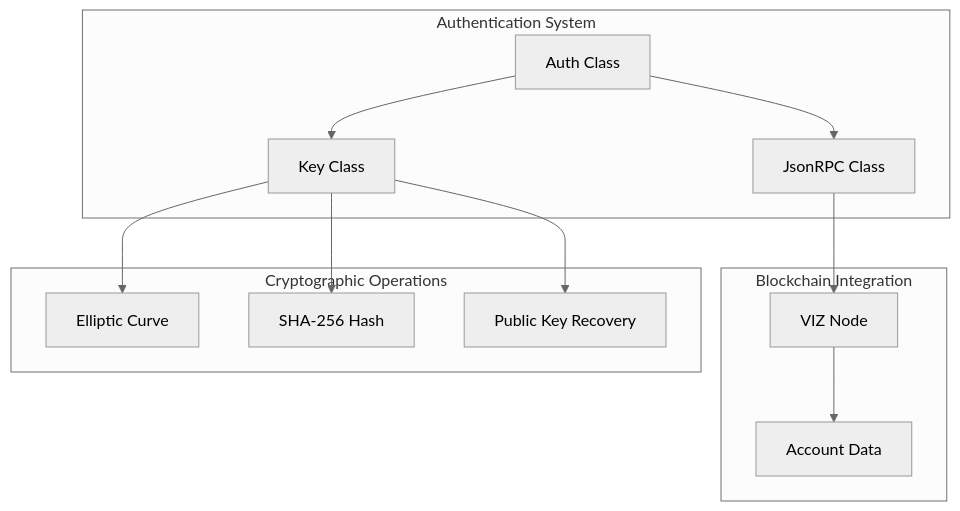
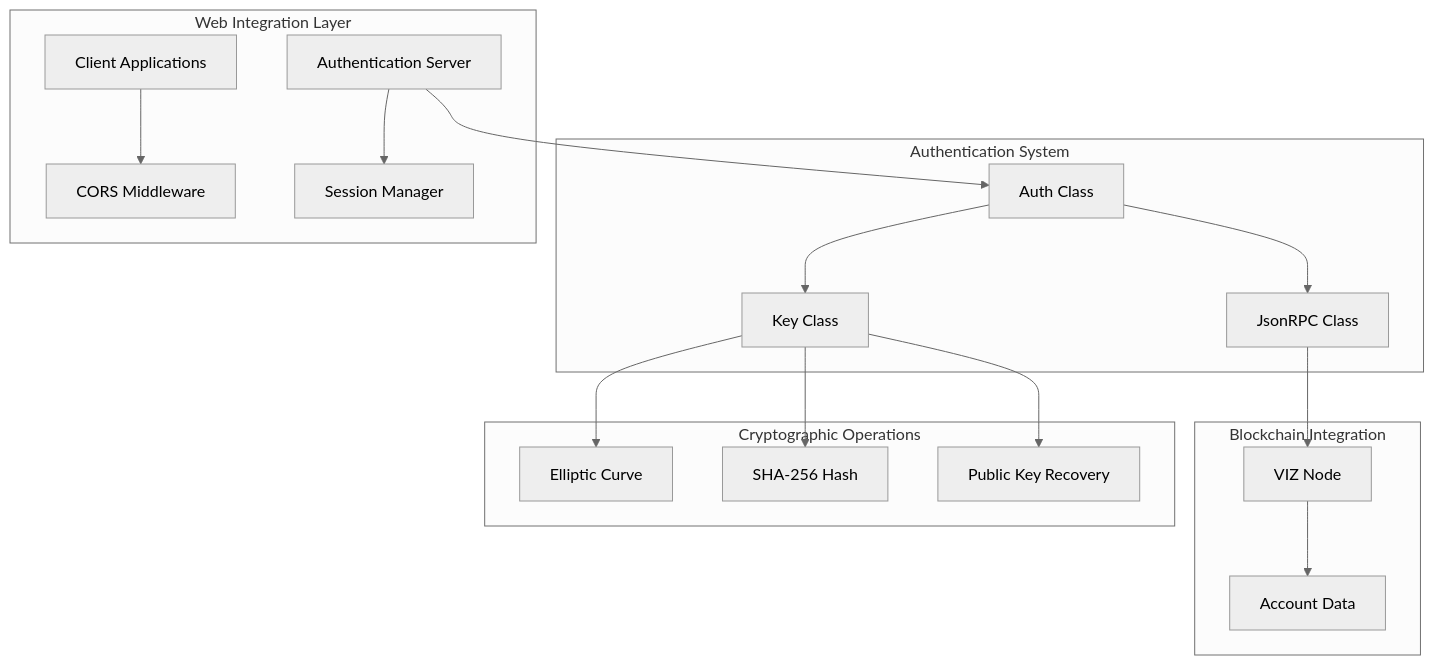
The first of 8 diagrams in .qoder/repowiki/en/content/API Reference/Auth Class API.md (VIZ-Blockchain/viz-php-lib), drawn with Mermaid (neutral theme) before and after one commit. The commit also changed other lines of this file and 9 other files, not shown here.

First line of the commit message:
docs(auth): enhance passwordless auth with CORS, sessions, and modern web integration

````diff
--- a/.qoder/repowiki/en/content/API Reference/Auth Class API.md
+++ b/.qoder/repowiki/en/content/API Reference/Auth Class API.md
@@ -29,24 +45,33 @@
 ```mermaid
 graph TB
 subgraph "Authentication System"
 Auth[Auth Class]
 Key[Key Class]
 JsonRPC[JsonRPC Class]
+end
+subgraph "Web Integration Layer"
+Client[Client Applications]
+Server[Authentication Server]
+CORS[CORS Middleware]
+Session[Session Manager]
 end
 subgraph "Blockchain Integration"
 Node[VIZ Node]
 Account[Account Data]
 end
 subgraph "Cryptographic Operations"
 EC[Elliptic Curve]
 SHA256[SHA-256 Hash]
 Recovery[Public Key Recovery]
 end
 Auth --> Key
 Auth --> JsonRPC
 Key --> EC
 Key --> SHA256
 Key --> Recovery
 JsonRPC --> Node
 Node --> Account
+Client --> CORS
+Server --> Session
+Server --> Auth
 ```
````
